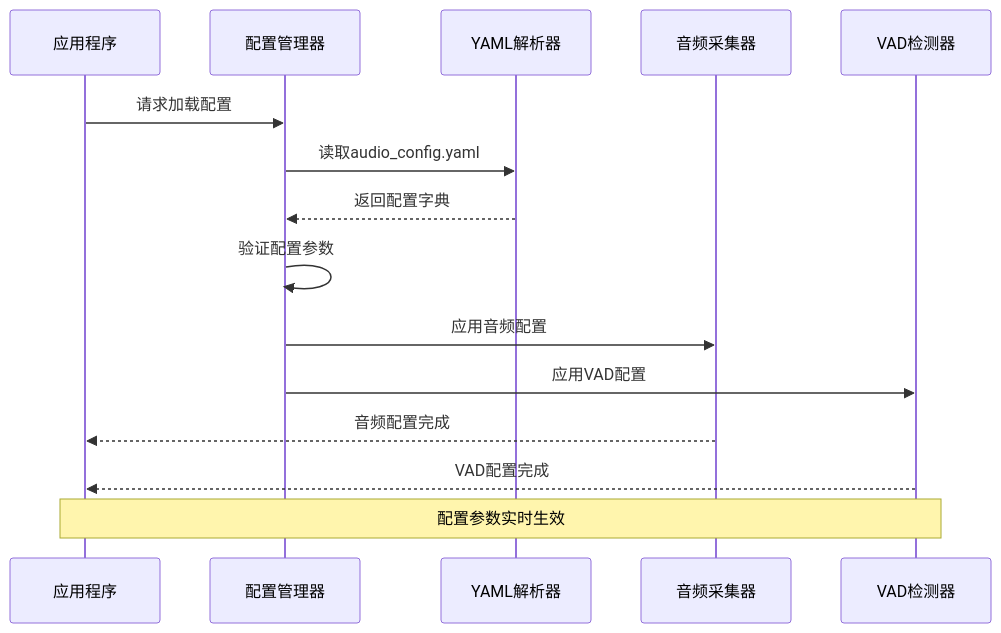
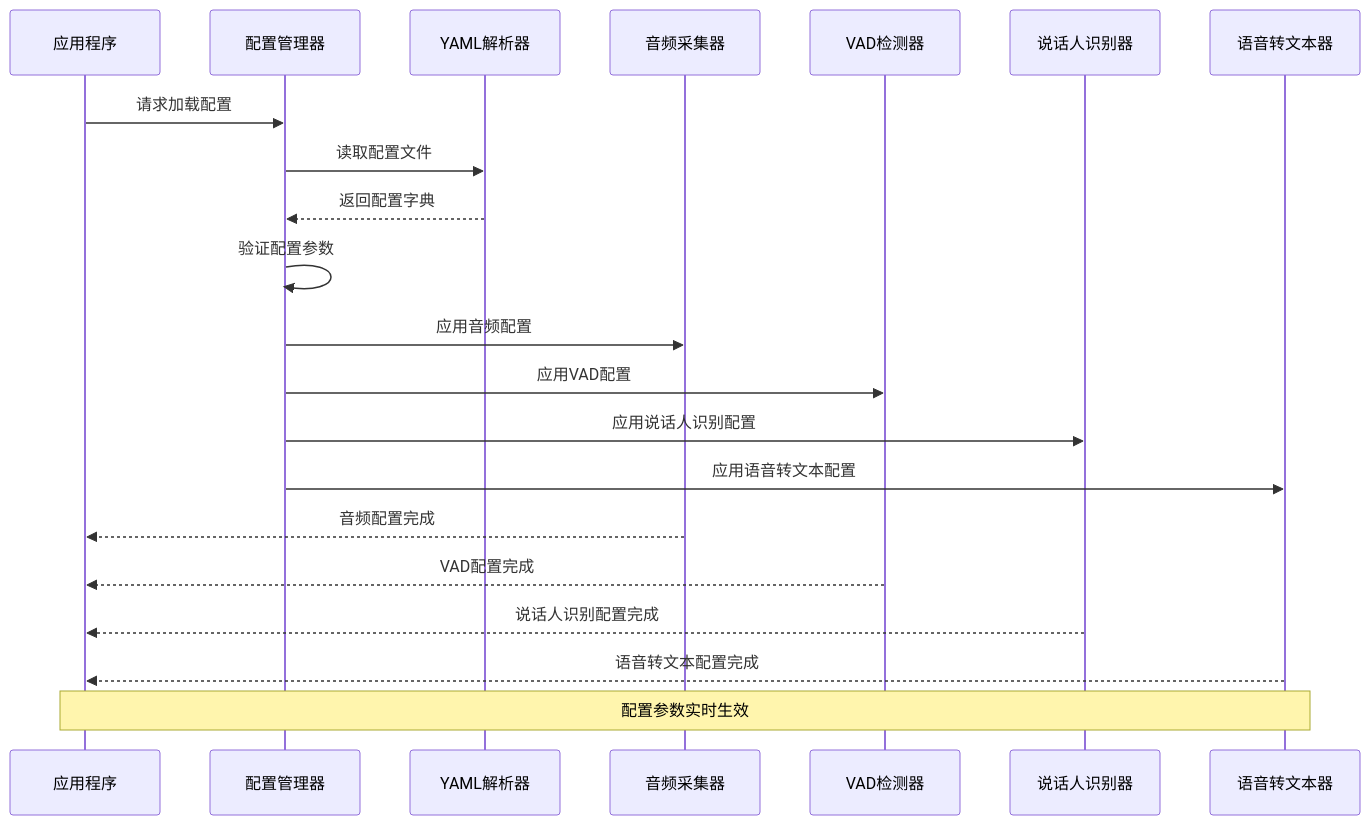
The second of 6 diagrams in .qoder/repowiki/zh/content/配置管理.md (cir9no/VRChatSocialAssistant), drawn with Mermaid before and after one commit. The commit also changed other lines of this file and 4 other files, not shown here.

````diff
--- a/.qoder/repowiki/zh/content/配置管理.md
+++ b/.qoder/repowiki/zh/content/配置管理.md
@@ -307,17 +319,23 @@
 ```mermaid
 sequenceDiagram
 participant App as 应用程序
 participant Config as 配置管理器
 participant YAML as YAML解析器
 participant Audio as 音频采集器
 participant VAD as VAD检测器
+participant Speaker as 说话人识别器
+participant STT as 语音转文本器
 App->>Config : 请求加载配置
-Config->>YAML : 读取audio_config.yaml
+Config->>YAML : 读取配置文件
 YAML-->>Config : 返回配置字典
 Config->>Config : 验证配置参数
 Config->>Audio : 应用音频配置
 Config->>VAD : 应用VAD配置
+Config->>Speaker : 应用说话人识别配置
+Config->>STT : 应用语音转文本配置
 Audio-->>App : 音频配置完成
 VAD-->>App : VAD配置完成
-Note over App,VAD : 配置参数实时生效
+Speaker-->>App : 说话人识别配置完成
+STT-->>App : 语音转文本配置完成
+Note over App,STT : 配置参数实时生效
 ```
````
